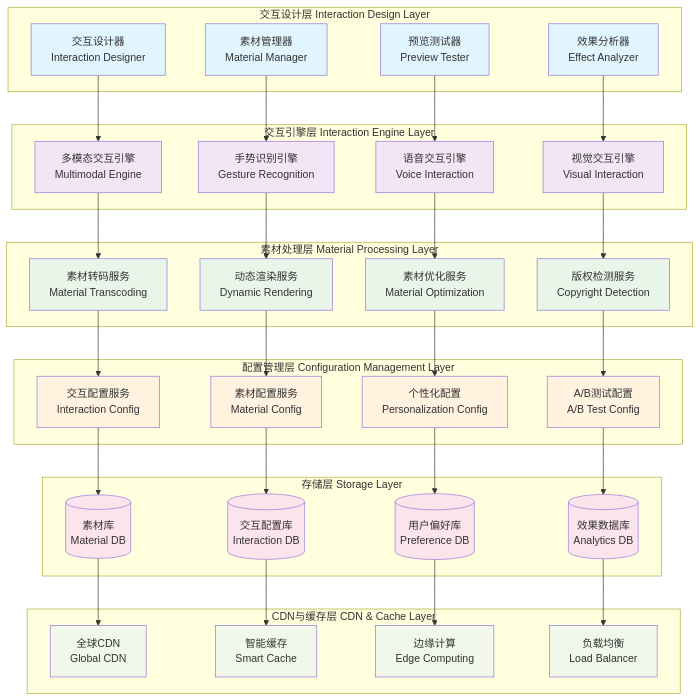
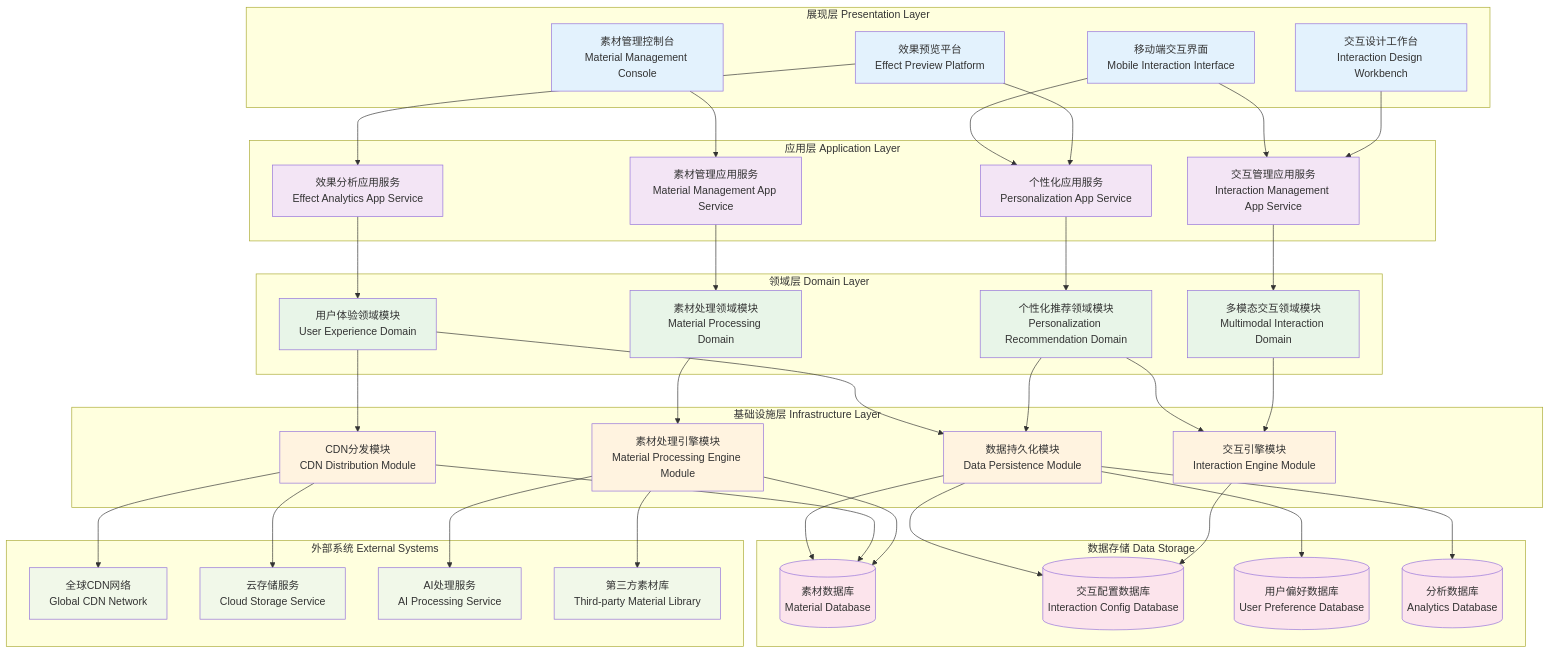
The diagram in 24.2.4_interaction_material_architecture.md (xsl625/-), drawn with Mermaid before and after one commit. The commit also changed other lines of this file and 1 other file, not shown here.

Commit message:
Checkpoint before follow-up message

````diff
--- a/24.2.4_interaction_material_architecture.md
+++ b/24.2.4_interaction_material_architecture.md
@@ -8,94 +8,107 @@
 ```mermaid
 graph TB
-    subgraph "交互设计层 Interaction Design Layer"
-        A[交互设计器<br/>Interaction Designer]
-        B[素材管理器<br/>Material Manager]
-        C[预览测试器<br/>Preview Tester]
-        D[效果分析器<br/>Effect Analyzer]
+    subgraph "展现层 Presentation Layer"
+        A[交互设计工作台<br/>Interaction Design Workbench]
+        B[素材管理控制台<br/>Material Management Console]
+        C[效果预览平台<br/>Effect Preview Platform]
+        D[移动端交互界面<br/>Mobile Interaction Interface]
     end
     
-    subgraph "交互引擎层 Interaction Engine Layer"
-        E[多模态交互引擎<br/>Multimodal Engine]
-        F[手势识别引擎<br/>Gesture Recognition]
-        G[语音交互引擎<br/>Voice Interaction]
-        H[视觉交互引擎<br/>Visual Interaction]
+    subgraph "应用层 Application Layer"
+        E[交互管理应用服务<br/>Interaction Management App Service]
+        F[素材管理应用服务<br/>Material Management App Service]
+        G[个性化应用服务<br/>Personalization App Service]
+        H[效果分析应用服务<br/>Effect Analytics App Service]
     end
     
-    subgraph "素材处理层 Material Processing Layer"
-        I[素材转码服务<br/>Material Transcoding]
-        J[动态渲染服务<br/>Dynamic Rendering]
-        K[素材优化服务<br/>Material Optimization]
-        L[版权检测服务<br/>Copyright Detection]
+    subgraph "领域层 Domain Layer"
+        I[多模态交互领域模块<br/>Multimodal Interaction Domain]
+        J[素材处理领域模块<br/>Material Processing Domain]
+        K[个性化推荐领域模块<br/>Personalization Recommendation Domain]
+        L[用户体验领域模块<br/>User Experience Domain]
     end
     
-    subgraph "配置管理层 Configuration Management Layer"
-        M[交互配置服务<br/>Interaction Config]
-        N[素材配置服务<br/>Material Config]
-        O[个性化配置<br/>Personalization Config]
-        P[A/B测试配置<br/>A/B Test Config]
+    subgraph "基础设施层 Infrastructure Layer"
+        M[交互引擎模块<br/>Interaction Engine Module]
+        N[素材处理引擎模块<br/>Material Processing Engine Module]
+        O[CDN分发模块<br/>CDN Distribution Module]
+        P[数据持久化模块<br/>Data Persistence Module]
     end
     
-    subgraph "存储层 Storage Layer"
-        Q[(素材库<br/>Material DB)]
-        R[(交互配置库<br/>Interaction DB)]
-        S[(用户偏好库<br/>Preference DB)]
-        T[(效果数据库<br/>Analytics DB)]
+    subgraph "数据存储 Data Storage"
+        Q[(素材数据库<br/>Material Database)]
+        R[(交互配置数据库<br/>Interaction Config Database)]
+        S[(用户偏好数据库<br/>User Preference Database)]
+        T[(分析数据库<br/>Analytics Database)]
     end
     
-    subgraph "CDN与缓存层 CDN & Cache Layer"
-        U[全球CDN<br/>Global CDN]
-        V[智能缓存<br/>Smart Cache]
-        W[边缘计算<br/>Edge Computing]
-        X[负载均衡<br/>Load Balancer]
+    subgraph "外部系统 External Systems"
+        U[全球CDN网络<br/>Global CDN Network]
+        V[云存储服务<br/>Cloud Storage Service]
+        W[AI处理服务<br/>AI Processing Service]
+        X[第三方素材库<br/>Third-party Material Library]
     end
     
+    %% 展现层到应用层
     A --> E
     B --> F
     C --> G
-    D --> H
+    C --> H
+    D --> E
+    D --> G
     
+    %% 应用层到领域层
     E --> I
     F --> J
     G --> K
     H --> L
     
+    %% 领域层到基础设施层
     I --> M
     J --> N
-    K --> O
+    K --> M
+    K --> P
+    L --> O
     L --> P
     
-    M --> Q
-    N --> R
-    O --> S
+    %% 基础设施层到数据存储
+    M --> R
+    N --> Q
+    O --> Q
+    P --> Q
+    P --> R
+    P --> S
     P --> T
     
-    Q --> U
-    R --> V
-    S --> W
-    T --> X
+    %% 基础设施层到外部系统
+    N --> W
+    N --> X
+    O --> U
+    O --> V
     
-    style A fill:#e1f5fe
-    style B fill:#e1f5fe
-    style C fill:#e1f5fe
-    style D fill:#e1f5fe
-    style E fill:#f3e5f5
-    style F fill:#f3e5f5
-    style G fill:#f3e5f5
-    style H fill:#f3e5f5
-    style I fill:#e8f5e8
-    style J fill:#e8f5e8
-    style K fill:#e8f5e8
-    style L fill:#e8f5e8
-    style M fill:#fff3e0
-    style N fill:#fff3e0
-    style O fill:#fff3e0
-    style P fill:#fff3e0
-    style Q fill:#fce4ec
-    style R fill:#fce4ec
-    style S fill:#fce4ec
-    style T fill:#fce4ec
-    style U fill:#f1f8e9
-    style V fill:#f1f8e9
-    style W fill:#f1f8e9
-    style X fill:#f1f8e9
+    %% 样式定义
+    style A fill:#E3F2FD
+    style B fill:#E3F2FD
+    style C fill:#E3F2FD
+    style D fill:#E3F2FD
+    style E fill:#F3E5F5
+    style F fill:#F3E5F5
+    style G fill:#F3E5F5
+    style H fill:#F3E5F5
+    style I fill:#E8F5E8
+    style J fill:#E8F5E8
+    style K fill:#E8F5E8
+    style L fill:#E8F5E8
+    style M fill:#FFF3E0
+    style N fill:#FFF3E0
+    style O fill:#FFF3E0
+    style P fill:#FFF3E0
+    style Q fill:#FCE4EC
+    style R fill:#FCE4EC
+    style S fill:#FCE4EC
+    style T fill:#FCE4EC
+    style U fill:#F1F8E9
+    style V fill:#F1F8E9
+    style W fill:#F1F8E9
+    style X fill:#F1F8E9
 ```
````
